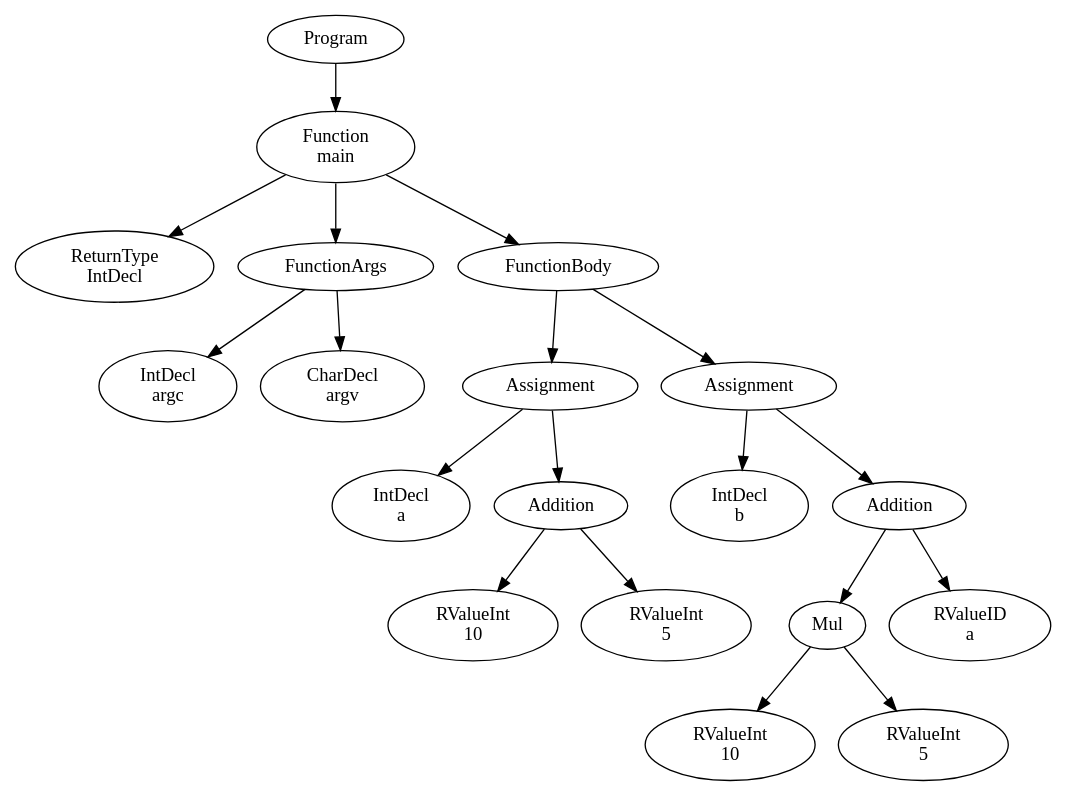
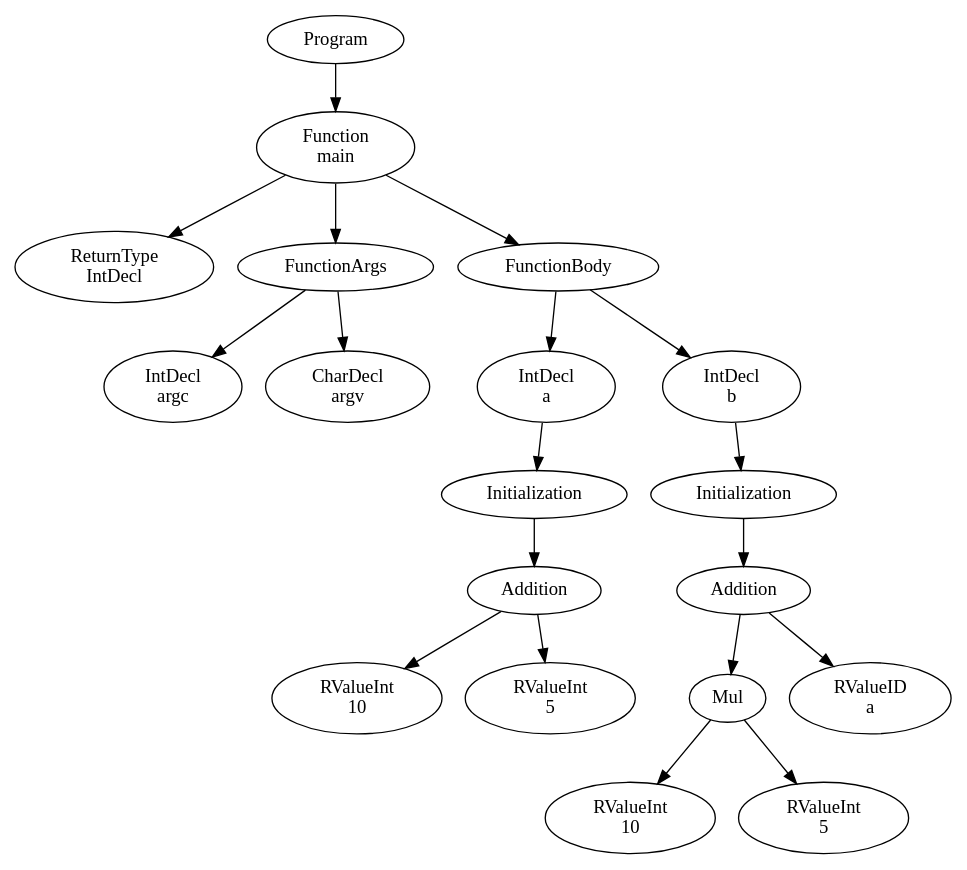
The diagram in official/res/solutions/assignments1bis.dot (FedericoQuin/Compilers), drawn with Graphviz before and after one commit. The commit also changed 19 other files, not shown here.

```diff
--- a/official/res/solutions/assignments1bis.dot
+++ b/official/res/solutions/assignments1bis.dot
@@ -1,39 +1,39 @@
 digraph AST {
 1 [label="Program"];
 2 [label="Function \nmain"];
 3 [label="ReturnType \nIntDecl"];
 4 [label="FunctionArgs"];
 5 [label="IntDecl \nargc"];
 6 [label="CharDecl \nargv"];
 4 -> 5;
 4 -> 6;
 7 [label="FunctionBody"];
-8 [label="Assignment"];
-9 [label="IntDecl \na"];
+8 [label="IntDecl \na"];
+9 [label="Initialization"];
 10 [label="Addition"];
 11 [label="RValueInt \n10"];
 12 [label="RValueInt \n5"];
 10 -> 11;
 10 -> 12;
+9 -> 10;
 8 -> 9;
-8 -> 10;
-13 [label="Assignment"];
-14 [label="IntDecl \nb"];
+13 [label="IntDecl \nb"];
+14 [label="Initialization"];
 15 [label="Addition"];
 16 [label="Mul"];
 17 [label="RValueInt \n10"];
 18 [label="RValueInt \n5"];
 16 -> 17;
 16 -> 18;
 19 [label="RValueID \na"];
 15 -> 16;
 15 -> 19;
+14 -> 15;
 13 -> 14;
-13 -> 15;
 7 -> 8;
 7 -> 13;
 2 -> 3;
 2 -> 4;
 2 -> 7;
 1 -> 2;
 }
```
